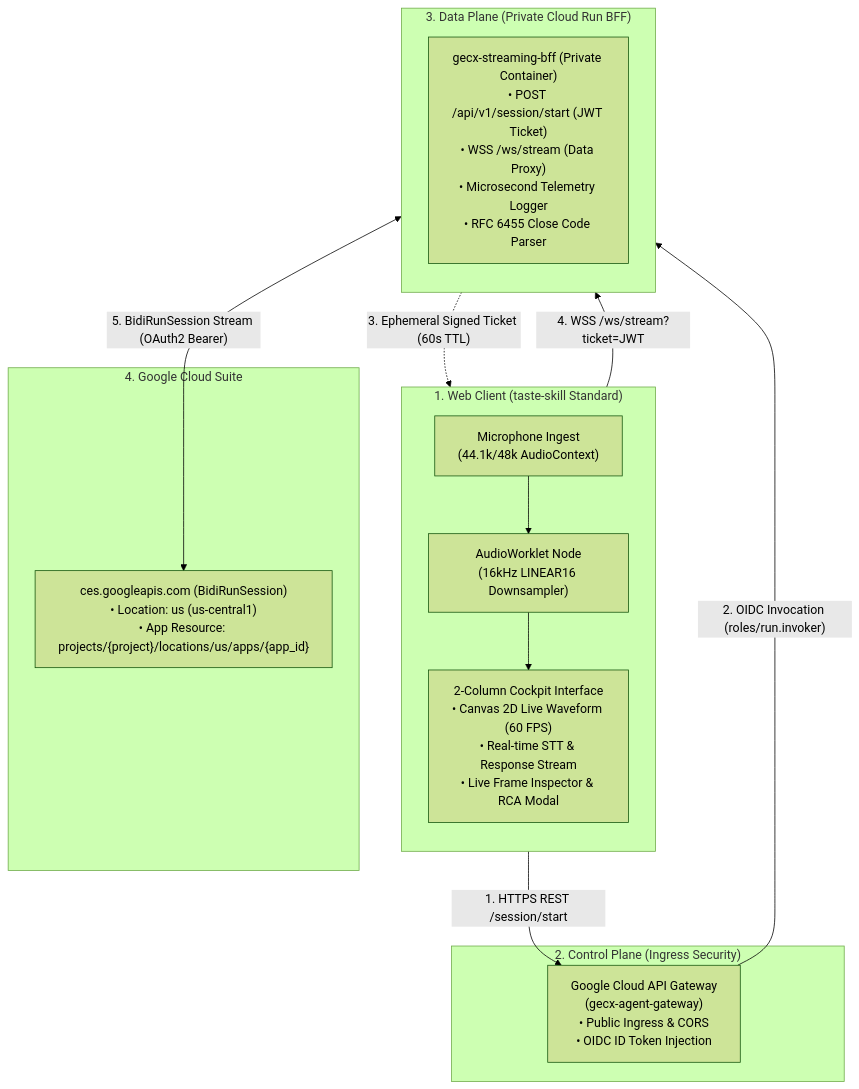
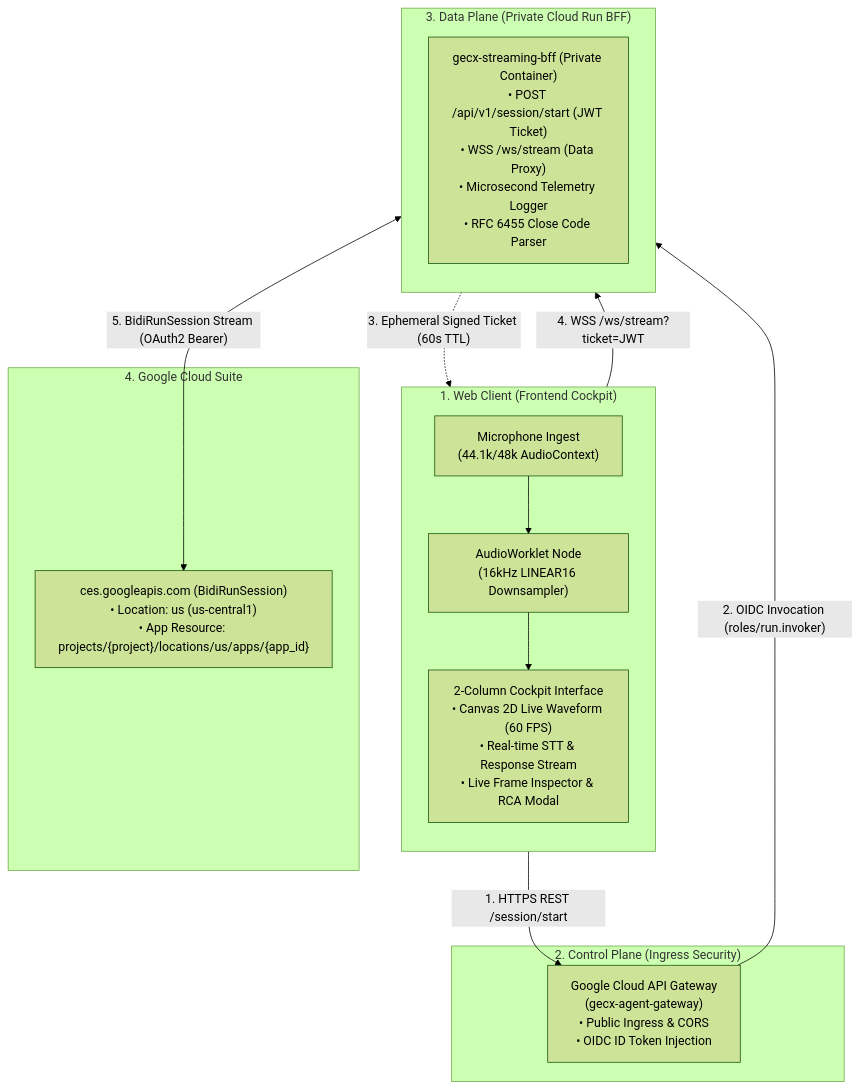
The diagram in README.md (Jhko0404/GECX-Realtime-Voice-Streaming), drawn with Mermaid (forest theme) before and after one commit. The commit also changed other lines of this file, not shown here.

````diff
--- a/README.md
+++ b/README.md
@@ -33,30 +33,30 @@
 ```mermaid
 flowchart TB
-    subgraph ClientLayer["1. Web Client (taste-skill Standard)"]
+    subgraph ClientLayer["1. Web Client (Frontend Cockpit)"]
         direction TB
         Mic["Microphone Ingest<br/>(44.1k/48k AudioContext)"]
         Worklet["AudioWorklet Node<br/>(16kHz LINEAR16 Downsampler)"]
         CockpitUI["2-Column Cockpit Interface<br/>• Canvas 2D Live Waveform (60 FPS)<br/>• Real-time STT & Response Stream<br/>• Live Frame Inspector & RCA Modal"]
         Mic --> Worklet
         Worklet --> CockpitUI
     end
 
     subgraph ControlPlane["2. Control Plane (Ingress Security)"]
         Gateway["Google Cloud API Gateway<br/>(gecx-agent-gateway)<br/>• Public Ingress & CORS<br/>• OIDC ID Token Injection"]
     end
 
     subgraph DataPlane["3. Data Plane (Private Cloud Run BFF)"]
         direction TB
         BFF["gecx-streaming-bff (Private Container)<br/>• POST /api/v1/session/start (JWT Ticket)<br/>• WSS /ws/stream (Data Proxy)<br/>• Microsecond Telemetry Logger<br/>• RFC 6455 Close Code Parser"]
     end
 
     subgraph GECXLayer["4. Google Cloud Suite"]
         GECX["ces.googleapis.com (BidiRunSession)<br/>• Location: us (us-central1)<br/>• App Resource: projects/{project}/locations/us/apps/{app_id}"]
     end
 
     CockpitUI -->|"1. HTTPS REST /session/start"| Gateway
     Gateway -->|"2. OIDC Invocation (roles/run.invoker)"| BFF
     BFF -.->|"3. Ephemeral Signed Ticket (60s TTL)"| CockpitUI
     CockpitUI -->|"4. WSS /ws/stream?ticket=JWT"| BFF
     BFF <-->|"5. BidiRunSession Stream (OAuth2 Bearer)"| GECX
 ```
````
